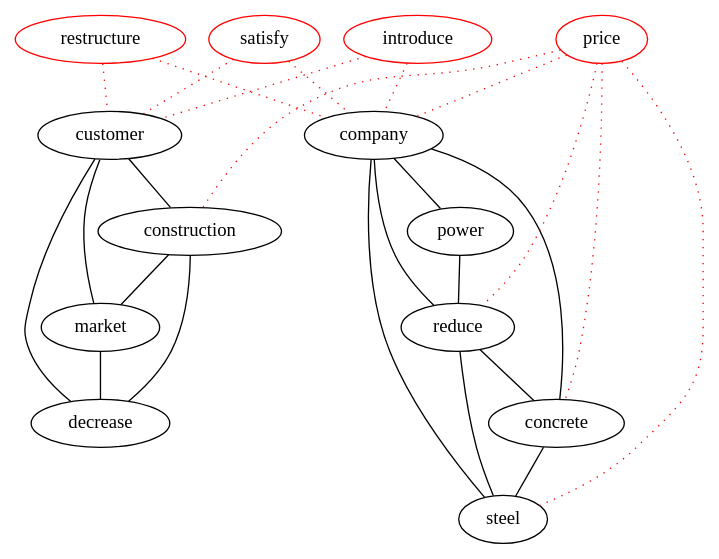
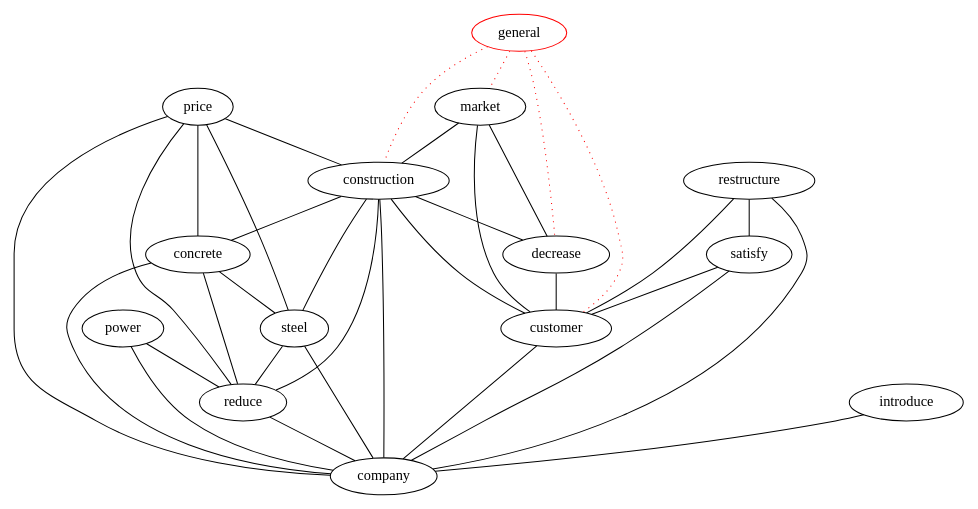
Before and after one commit to michaelweiss/keygraph: the diagram in dot/d2.dot, drawn with Graphviz. The commit also changed 14 other files, not shown here.

```diff
--- a/dot/d2.dot
+++ b/dot/d2.dot
@@ -1,41 +1,51 @@
 graph keygraph {
 graph [size="10,10", overlap="scale"]
+power [color="black"]
+reduce [color="black"]
+concrete [color="black"]
+price [color="black"]
+decrease [color="black"]
+introduce [color="black"]
+satisfy [color="black"]
+restructure [color="black"]
 construction [color="black"]
-power [color="black"]
+market [color="black"]
 steel [color="black"]
-decrease [color="black"]
+company [color="black"]
 customer [color="black"]
-company [color="black"]
-concrete [color="black"]
-market [color="black"]
-reduce [color="black"]
-introduce [color="red"]
-restructure [color="red"]
-price [color="red"]
-satisfy [color="red"]
-company--power
-company--concrete
-company--steel
-company--reduce
+general [color="red"]
+introduce--company
+restructure--satisfy
+restructure--customer
+restructure--company
+satisfy--customer
+satisfy--company
+price--construction
+price--concrete
+price--steel
+price--reduce
+price--company
 power--reduce
-reduce--concrete
-reduce--steel
+power--company
+market--construction
+construction--decrease
+construction--concrete
+construction--steel
+construction--reduce
+construction--customer
+construction--company
+concrete--reduce
+steel--reduce
+customer--company
+market--decrease
+market--customer
+decrease--customer
 concrete--steel
-customer--construction
-customer--market
-customer--decrease
-construction--market
-construction--decrease
-market--decrease
-introduce--customer [color="red", style="dotted"]
-introduce--company [color="red", style="dotted"]
-restructure--customer [color="red", style="dotted"]
-restructure--company [color="red", style="dotted"]
-satisfy--customer [color="red", style="dotted"]
-satisfy--company [color="red", style="dotted"]
-price--construction [color="red", style="dotted"]
-price--steel [color="red", style="dotted"]
-price--company [color="red", style="dotted"]
-price--concrete [color="red", style="dotted"]
-price--reduce [color="red", style="dotted"]
+concrete--company
+steel--company
+reduce--company
+general--decrease [color="red", style="dotted"]
+general--construction [color="red", style="dotted"]
+general--market [color="red", style="dotted"]
+general--customer [color="red", style="dotted"]
 }
```
